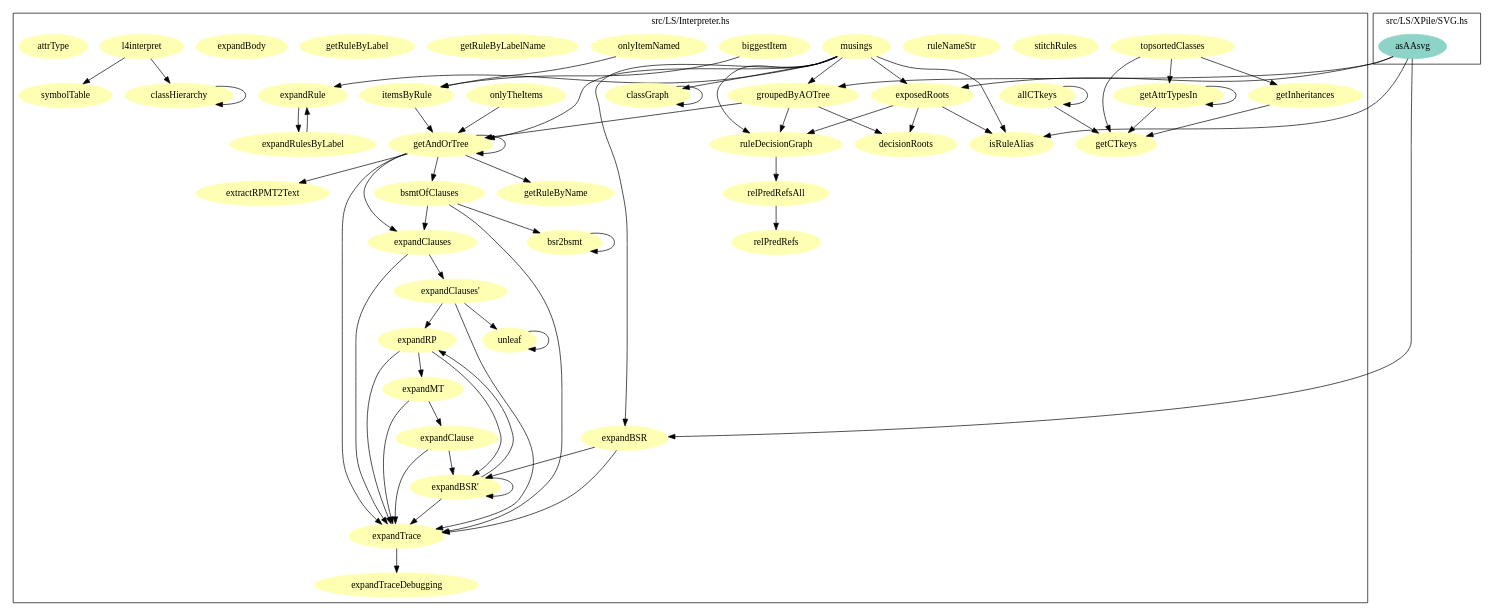
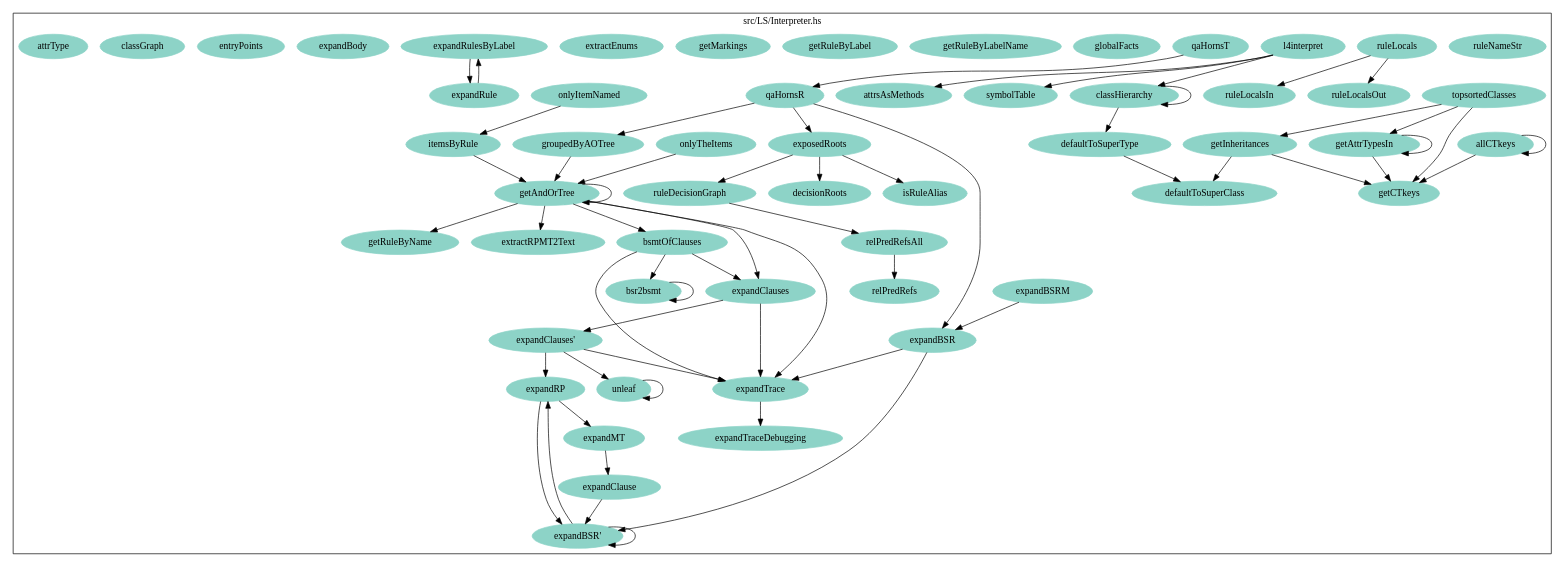
One commit to smucclaw/dsl changed the diagram in lib/haskell/natural4/doc/Interpreter.dot. Above: the diagram before and after it, drawn with Graphviz. The commit also changed 5 other files, not shown here.

Commit message:
move the rule decision graph into XPileLog

```diff
--- a/lib/haskell/natural4/doc/Interpreter.dot
+++ b/lib/haskell/natural4/doc/Interpreter.dot
@@ -1,124 +1,120 @@
 strict digraph deps {
   node [colorscheme=set312, style=filled];
 
-   subgraph cluster_2 {
+   subgraph cluster_1 {
      label = "src/LS/Interpreter.hs";
-     "unleaf" [label= "unleaf", color=2];
-     "topsortedClasses" [label= "topsortedClasses", color=2];
-     "symbolTable" [label= "symbolTable", color=2];
-     "stitchRules" [label= "stitchRules", color=2];
-     "ruleNameStr" [label= "ruleNameStr", color=2];
-     "ruleDecisionGraph" [label= "ruleDecisionGraph", color=2];
-     "relPredRefsAll" [label= "relPredRefsAll", color=2];
-     "relPredRefs" [label= "relPredRefs", color=2];
-     "onlyTheItems" [label= "onlyTheItems", color=2];
-     "onlyItemNamed" [label= "onlyItemNamed", color=2];
-     "musings" [label= "musings", color=2];
-     "l4interpret" [label= "l4interpret", color=2];
-     "itemsByRule" [label= "itemsByRule", color=2];
-     "isRuleAlias" [label= "isRuleAlias", color=2];
-     "groupedByAOTree" [label= "groupedByAOTree", color=2];
-     "getRuleByName" [label= "getRuleByName", color=2];
-     "getRuleByLabelName" [label= "getRuleByLabelName", color=2];
-     "getRuleByLabel" [label= "getRuleByLabel", color=2];
-     "getInheritances" [label= "getInheritances", color=2];
-     "getCTkeys" [label= "getCTkeys", color=2];
-     "getAttrTypesIn" [label= "getAttrTypesIn", color=2];
-     "getAndOrTree" [label= "getAndOrTree", color=2];
-     "extractRPMT2Text" [label= "extractRPMT2Text", color=2];
-     "exposedRoots" [label= "exposedRoots", color=2];
-     "expandTraceDebugging" [label= "expandTraceDebugging", color=2];
-     "expandTrace" [label= "expandTrace", color=2];
-     "expandRulesByLabel" [label= "expandRulesByLabel", color=2];
-     "expandRule" [label= "expandRule", color=2];
-     "expandRP" [label= "expandRP", color=2];
-     "expandMT" [label= "expandMT", color=2];
-     "expandClauses\'" [label= "expandClauses\'", color=2];
-     "expandClauses" [label= "expandClauses", color=2];
-     "expandClause" [label= "expandClause", color=2];
-     "expandBody" [label= "expandBody", color=2];
-     "expandBSR\'" [label= "expandBSR\'", color=2];
-     "expandBSR" [label= "expandBSR", color=2];
-     "decisionRoots" [label= "decisionRoots", color=2];
-     "classHierarchy" [label= "classHierarchy", color=2];
-     "classGraph" [label= "classGraph", color=2];
-     "bsr2bsmt" [label= "bsr2bsmt", color=2];
-     "bsmtOfClauses" [label= "bsmtOfClauses", color=2];
-     "biggestItem" [label= "biggestItem", color=2];
-     "attrType" [label= "attrType", color=2];
-     "allCTkeys" [label= "allCTkeys", color=2];
-   }
-
-   subgraph cluster_1 {
-     label = "src/LS/XPile/SVG.hs";
-     "asAAsvg" [label= "asAAsvg", color=1];
+     "unleaf" [label= "unleaf", color=1];
+     "topsortedClasses" [label= "topsortedClasses", color=1];
+     "symbolTable" [label= "symbolTable", color=1];
+     "ruleNameStr" [label= "ruleNameStr", color=1];
+     "ruleLocalsOut" [label= "ruleLocalsOut", color=1];
+     "ruleLocalsIn" [label= "ruleLocalsIn", color=1];
+     "ruleLocals" [label= "ruleLocals", color=1];
+     "ruleDecisionGraph" [label= "ruleDecisionGraph", color=1];
+     "relPredRefsAll" [label= "relPredRefsAll", color=1];
+     "relPredRefs" [label= "relPredRefs", color=1];
+     "qaHornsT" [label= "qaHornsT", color=1];
+     "qaHornsR" [label= "qaHornsR", color=1];
+     "onlyTheItems" [label= "onlyTheItems", color=1];
+     "onlyItemNamed" [label= "onlyItemNamed", color=1];
+     "l4interpret" [label= "l4interpret", color=1];
+     "itemsByRule" [label= "itemsByRule", color=1];
+     "isRuleAlias" [label= "isRuleAlias", color=1];
+     "groupedByAOTree" [label= "groupedByAOTree", color=1];
+     "globalFacts" [label= "globalFacts", color=1];
+     "getRuleByName" [label= "getRuleByName", color=1];
+     "getRuleByLabelName" [label= "getRuleByLabelName", color=1];
+     "getRuleByLabel" [label= "getRuleByLabel", color=1];
+     "getMarkings" [label= "getMarkings", color=1];
+     "getInheritances" [label= "getInheritances", color=1];
+     "getCTkeys" [label= "getCTkeys", color=1];
+     "getAttrTypesIn" [label= "getAttrTypesIn", color=1];
+     "getAndOrTree" [label= "getAndOrTree", color=1];
+     "extractRPMT2Text" [label= "extractRPMT2Text", color=1];
+     "extractEnums" [label= "extractEnums", color=1];
+     "exposedRoots" [label= "exposedRoots", color=1];
+     "expandTraceDebugging" [label= "expandTraceDebugging", color=1];
+     "expandTrace" [label= "expandTrace", color=1];
+     "expandRulesByLabel" [label= "expandRulesByLabel", color=1];
+     "expandRule" [label= "expandRule", color=1];
+     "expandRP" [label= "expandRP", color=1];
+     "expandMT" [label= "expandMT", color=1];
+     "expandClauses\'" [label= "expandClauses\'", color=1];
+     "expandClauses" [label= "expandClauses", color=1];
+     "expandClause" [label= "expandClause", color=1];
+     "expandBody" [label= "expandBody", color=1];
+     "expandBSR\'" [label= "expandBSR\'", color=1];
+     "expandBSRM" [label= "expandBSRM", color=1];
+     "expandBSR" [label= "expandBSR", color=1];
+     "entryPoints" [label= "entryPoints", color=1];
+     "defaultToSuperType" [label= "defaultToSuperType", color=1];
+     "defaultToSuperClass" [label= "defaultToSuperClass", color=1];
+     "decisionRoots" [label= "decisionRoots", color=1];
+     "classHierarchy" [label= "classHierarchy", color=1];
+     "classGraph" [label= "classGraph", color=1];
+     "bsr2bsmt" [label= "bsr2bsmt", color=1];
+     "bsmtOfClauses" [label= "bsmtOfClauses", color=1];
+     "attrsAsMethods" [label= "attrsAsMethods", color=1];
+     "attrType" [label= "attrType", color=1];
+     "allCTkeys" [label= "allCTkeys", color=1];
    }
 
 "allCTkeys" -> "allCTkeys";
 "allCTkeys" -> "getCTkeys";
-"asAAsvg" -> "expandBSR";
-"asAAsvg" -> "exposedRoots";
-"asAAsvg" -> "groupedByAOTree";
-"asAAsvg" -> "isRuleAlias";
-"biggestItem" -> "itemsByRule";
 "bsmtOfClauses" -> "bsr2bsmt";
 "bsmtOfClauses" -> "expandClauses";
 "bsmtOfClauses" -> "expandTrace";
 "bsr2bsmt" -> "bsr2bsmt";
-"classGraph" -> "classGraph";
 "classHierarchy" -> "classHierarchy";
+"classHierarchy" -> "defaultToSuperType";
+"defaultToSuperType" -> "defaultToSuperClass";
 "expandBSR" -> "expandBSR\'";
 "expandBSR" -> "expandTrace";
+"expandBSRM" -> "expandBSR";
 "expandBSR\'" -> "expandBSR\'";
 "expandBSR\'" -> "expandRP";
-"expandBSR\'" -> "expandTrace";
 "expandClause" -> "expandBSR\'";
-"expandClause" -> "expandTrace";
 "expandClauses" -> "expandClauses\'";
 "expandClauses" -> "expandTrace";
 "expandClauses\'" -> "expandRP";
 "expandClauses\'" -> "expandTrace";
 "expandClauses\'" -> "unleaf";
 "expandMT" -> "expandClause";
-"expandMT" -> "expandTrace";
 "expandRP" -> "expandBSR\'";
 "expandRP" -> "expandMT";
-"expandRP" -> "expandTrace";
 "expandRule" -> "expandRulesByLabel";
 "expandRulesByLabel" -> "expandRule";
 "expandTrace" -> "expandTraceDebugging";
 "exposedRoots" -> "decisionRoots";
 "exposedRoots" -> "isRuleAlias";
 "exposedRoots" -> "ruleDecisionGraph";
 "getAndOrTree" -> "bsmtOfClauses";
 "getAndOrTree" -> "expandClauses";
 "getAndOrTree" -> "expandTrace";
 "getAndOrTree" -> "extractRPMT2Text";
 "getAndOrTree" -> "getAndOrTree";
 "getAndOrTree" -> "getRuleByName";
 "getAttrTypesIn" -> "getAttrTypesIn";
 "getAttrTypesIn" -> "getCTkeys";
+"getInheritances" -> "defaultToSuperClass";
 "getInheritances" -> "getCTkeys";
-"groupedByAOTree" -> "decisionRoots";
 "groupedByAOTree" -> "getAndOrTree";
-"groupedByAOTree" -> "ruleDecisionGraph";
 "itemsByRule" -> "getAndOrTree";
+"l4interpret" -> "attrsAsMethods";
 "l4interpret" -> "classHierarchy";
 "l4interpret" -> "symbolTable";
-"musings" -> "classGraph";
-"musings" -> "expandBSR";
-"musings" -> "expandRule";
-"musings" -> "exposedRoots";
-"musings" -> "getAndOrTree";
-"musings" -> "groupedByAOTree";
-"musings" -> "isRuleAlias";
-"musings" -> "ruleDecisionGraph";
 "onlyItemNamed" -> "itemsByRule";
 "onlyTheItems" -> "getAndOrTree";
+"qaHornsR" -> "expandBSR";
+"qaHornsR" -> "exposedRoots";
+"qaHornsR" -> "groupedByAOTree";
+"qaHornsT" -> "qaHornsR";
 "relPredRefsAll" -> "relPredRefs";
 "ruleDecisionGraph" -> "relPredRefsAll";
+"ruleLocals" -> "ruleLocalsIn";
+"ruleLocals" -> "ruleLocalsOut";
 "topsortedClasses" -> "getAttrTypesIn";
 "topsortedClasses" -> "getCTkeys";
 "topsortedClasses" -> "getInheritances";
 "unleaf" -> "unleaf";
 }
```
